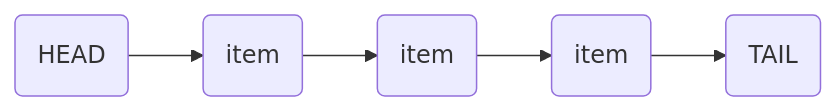
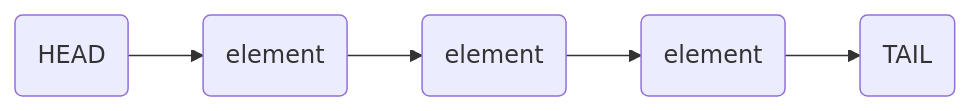
Before and after one commit to Bricktech2000/Notes: the first of 2 diagrams in notes/linked-list.md, drawn with Mermaid. The commit also changed other lines of this file and 36 other files, not shown here.

````diff
--- a/notes/linked-list.md
+++ b/notes/linked-list.md
@@ -7,4 +20,4 @@
 ```mermaid
 graph LR
-  A(HEAD) --> B(item) --> C(item) --> D(item) --> E(TAIL)
+  A(HEAD) --> B(element) --> C(element) --> D(element) --> E(TAIL)
 ```
````
